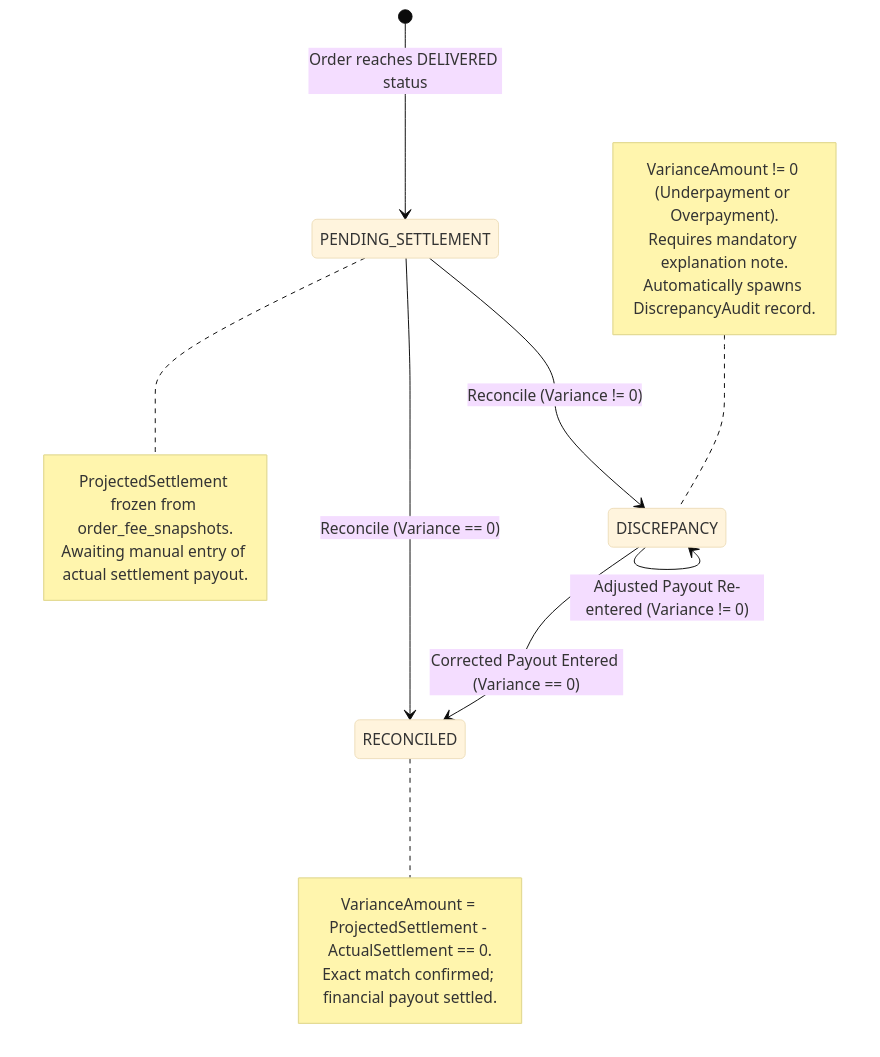
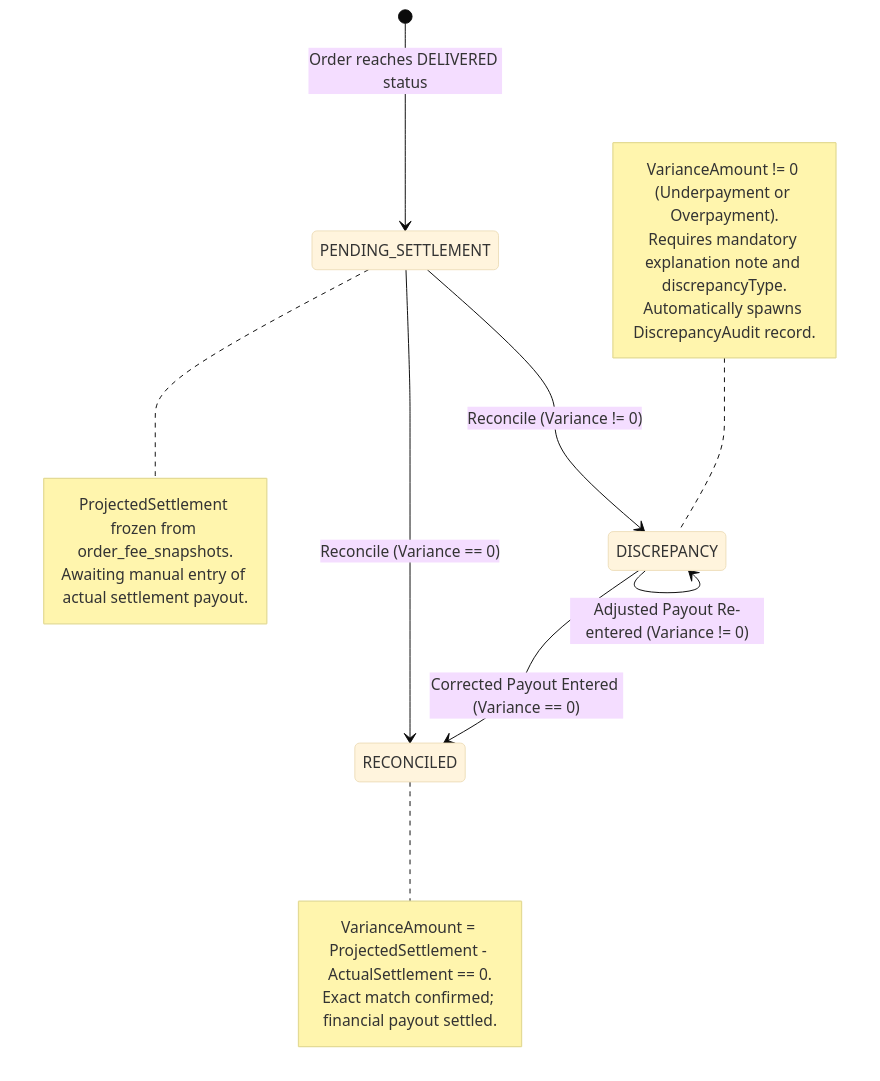
Before and after one commit to duchoa0405/Quanly_DoanhThu_LoiNhuan_DangDucHoa_VSF: the second of 3 diagrams in docs/architecture/state_diagrams_en.md, drawn with Mermaid (base theme). The commit also changed other lines of this file and 1 other file, not shown here.

Commit message:
fix workflow and state diagram consistency

````diff
--- a/docs/architecture/state_diagrams_en.md
+++ b/docs/architecture/state_diagrams_en.md
@@ -87,28 +87,28 @@
 ```mermaid
 stateDiagram-v2
     direction TB
 
     [*] --> PENDING_SETTLEMENT : Order reaches DELIVERED status
 
     PENDING_SETTLEMENT --> RECONCILED : Reconcile (Variance == 0)
     PENDING_SETTLEMENT --> DISCREPANCY : Reconcile (Variance != 0)
 
     DISCREPANCY --> RECONCILED : Corrected Payout Entered (Variance == 0)
     DISCREPANCY --> DISCREPANCY : Adjusted Payout Re-entered (Variance != 0)
 
     note right of PENDING_SETTLEMENT
         ProjectedSettlement frozen from order_fee_snapshots.
         Awaiting manual entry of actual settlement payout.
     end note
 
     note right of RECONCILED
         VarianceAmount = ProjectedSettlement - ActualSettlement == 0.
         Exact match confirmed; financial payout settled.
     end note
 
     note left of DISCREPANCY
         VarianceAmount != 0 (Underpayment or Overpayment).
-        Requires mandatory explanation note.
+        Requires mandatory explanation note and discrepancyType.
         Automatically spawns DiscrepancyAudit record.
     end note
 ```
````
